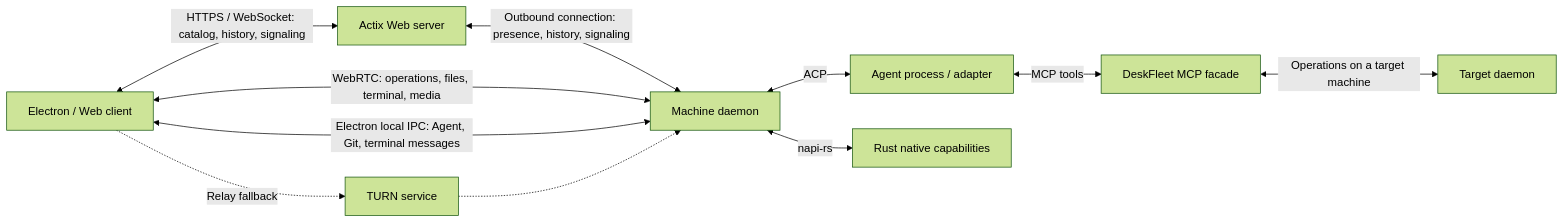
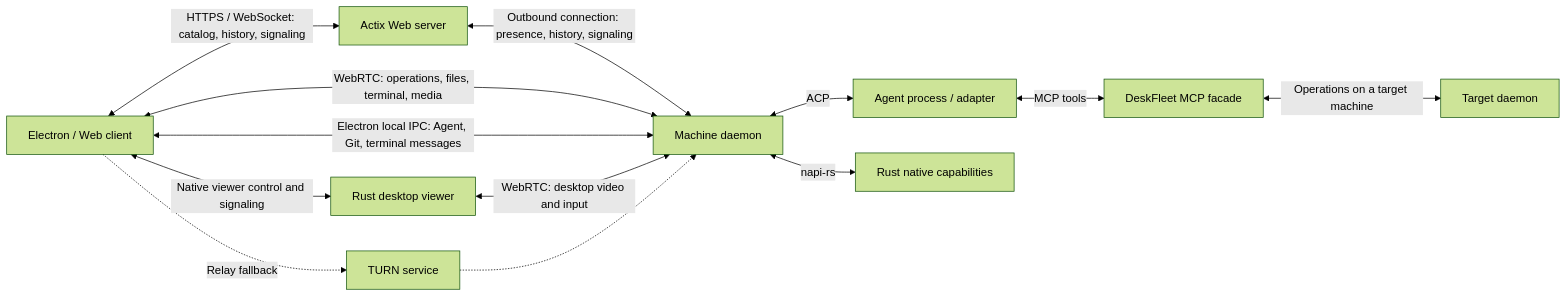
Before and after one commit to yet-another-ai/deskfleet: the diagram in agents/docs/architecture.md, drawn with Mermaid (forest theme). The commit also changed other lines of this file and 48 other files, not shown here.

Commit message:
feat(desktop): add native viewer with shallow FIFO presentation

````diff
--- a/agents/docs/architecture.md
+++ b/agents/docs/architecture.md
@@ -25,13 +32,15 @@
 ```mermaid
 flowchart LR
     Client["Electron / Web client"] <-->|"HTTPS / WebSocket: catalog, history, signaling"| Server["Actix Web server"]
     Server <-->|"Outbound connection: presence, history, signaling"| Daemon["Machine daemon"]
     Client <-->|"WebRTC: operations, files, terminal, media"| Daemon
     Client <-->|"Electron local IPC: Agent, Git, terminal messages"| Daemon
+    Client <-->|"Native viewer control and signaling"| Viewer["Rust desktop viewer"]
+    Viewer <-->|"WebRTC: desktop video and input"| Daemon
     Daemon <-->|"ACP"| Agent["Agent process / adapter"]
     Agent <-->|"MCP tools"| MCP["DeskFleet MCP facade"]
     MCP <-->|"Operations on a target machine"| Target["Target daemon"]
     Daemon <-->|"napi-rs"| Native["Rust native capabilities"]
     Client -.->|"Relay fallback"| TURN["TURN service"]
     TURN -.-> Daemon
 ```
````
